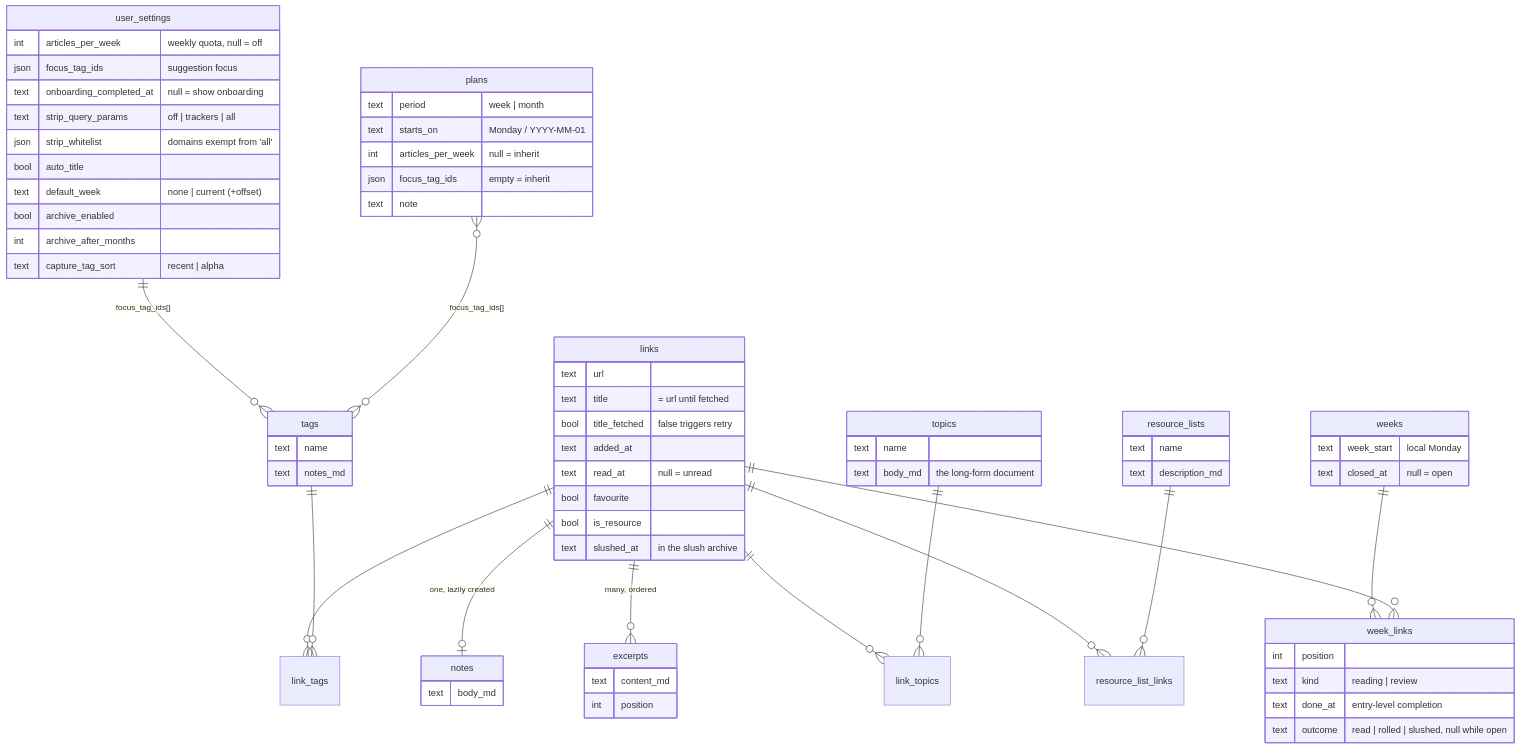
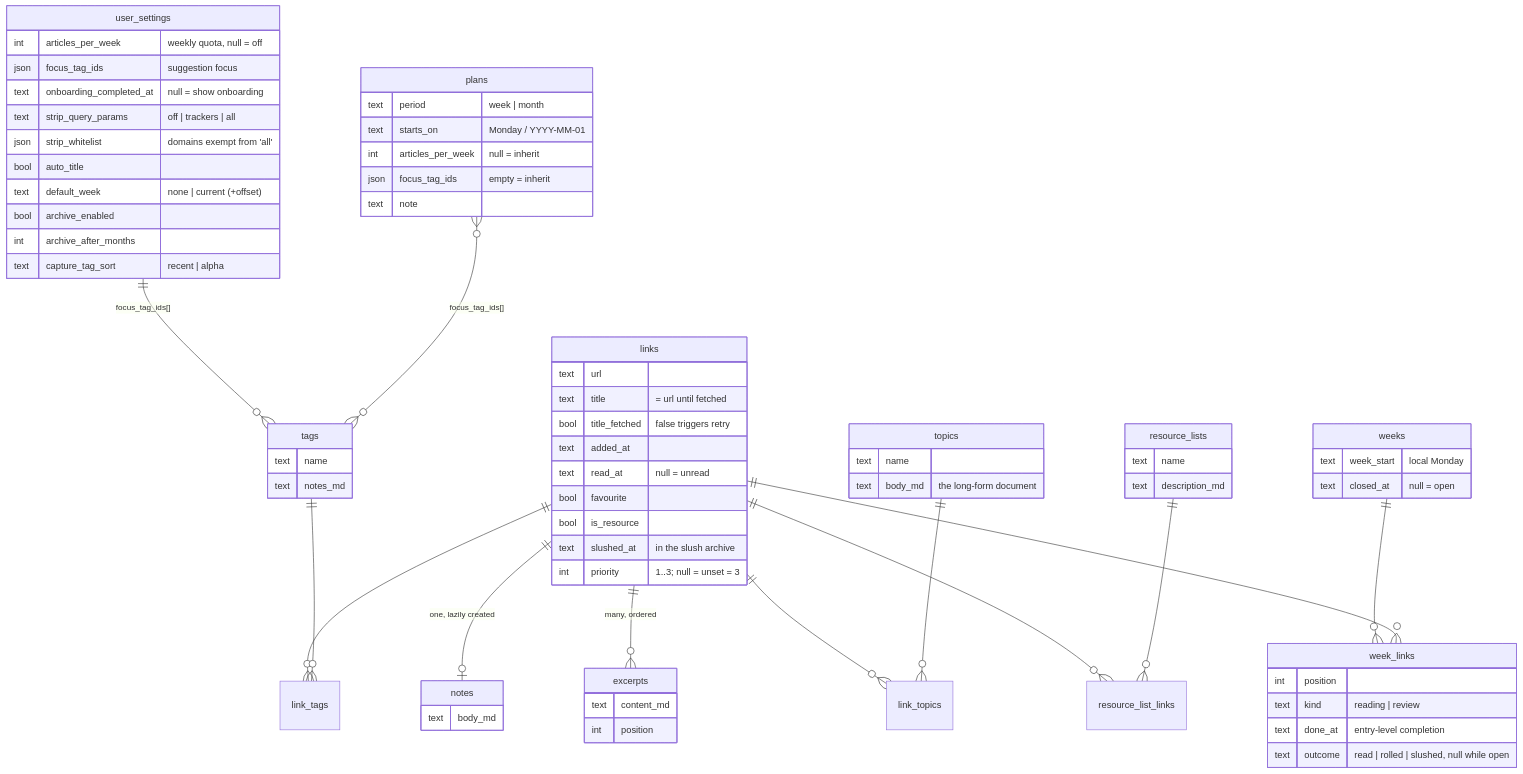
One commit to Kieran-s-Artisnal-Slop-Factory/readerr changed the first of 2 diagrams in docs/data-model.md. Above: the diagram before and after it, drawn with Mermaid. The commit also changed other lines of this file and 14 other files, not shown here.

````diff
--- a/docs/data-model.md
+++ b/docs/data-model.md
@@ -38,62 +38,63 @@
 ```mermaid
 erDiagram
     user_settings ||--o{ tags : "focus_tag_ids[]"
     plans }o--o{ tags : "focus_tag_ids[]"
     links ||--o| notes : "one, lazily created"
     links ||--o{ excerpts : "many, ordered"
     links ||--o{ link_tags : ""
     tags  ||--o{ link_tags : ""
     links ||--o{ link_topics : ""
     topics ||--o{ link_topics : ""
     links ||--o{ resource_list_links : ""
     resource_lists ||--o{ resource_list_links : ""
     weeks ||--o{ week_links : ""
     links ||--o{ week_links : ""
 
     user_settings {
         int articles_per_week "weekly quota, null = off"
         json focus_tag_ids "suggestion focus"
         text onboarding_completed_at "null = show onboarding"
         text strip_query_params "off | trackers | all"
         json strip_whitelist "domains exempt from 'all'"
         bool auto_title
         text default_week "none | current (+offset)"
         bool archive_enabled
         int archive_after_months
         text capture_tag_sort "recent | alpha"
     }
     plans {
         text period "week | month"
         text starts_on "Monday / YYYY-MM-01"
         int articles_per_week "null = inherit"
         json focus_tag_ids "empty = inherit"
         text note
     }
     links {
         text url
         text title "= url until fetched"
         bool title_fetched "false triggers retry"
         text added_at
         text read_at "null = unread"
         bool favourite
         bool is_resource
         text slushed_at "in the slush archive"
+        int priority "1..3; null = unset = 3"
     }
     notes { text body_md }
     excerpts { text content_md
                int position }
     tags { text name
            text notes_md }
     topics { text name
              text body_md "the long-form document" }
     resource_lists { text name
                      text description_md }
     weeks { text week_start "local Monday"
             text closed_at "null = open" }
     week_links {
         int position
         text kind "reading | review"
         text done_at "entry-level completion"
         text outcome "read | rolled | slushed, null while open"
     }
 ```
````
